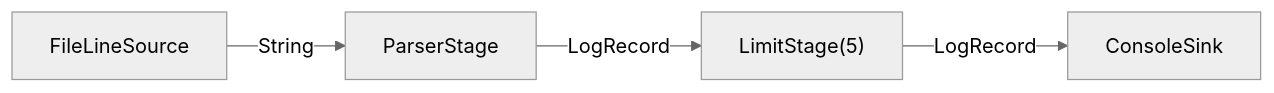
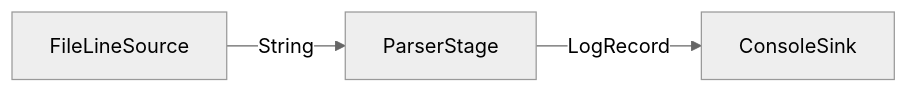
One commit to yamenkabalan/Yazilimmiamarisi2 changed the second of 2 diagrams in ARCHITECTURE.md. Above: the diagram before and after it, drawn with Mermaid (neutral theme). The commit also changed other lines of this file and 13 other files, not shown here.

First line of the commit message:
Simplify v2 to a single stage: Source -> ParserStage -> Sink

````diff
--- a/ARCHITECTURE.md
+++ b/ARCHITECTURE.md
@@ -86,6 +78,5 @@
 ```mermaid
 flowchart LR
     A["FileLineSource"] -- "String" --> P["ParserStage"]
-    P -- "LogRecord" --> L["LimitStage(5)"]
-    L -- "LogRecord" --> B["ConsoleSink"]
+    P -- "LogRecord" --> B["ConsoleSink"]
 ```
````
